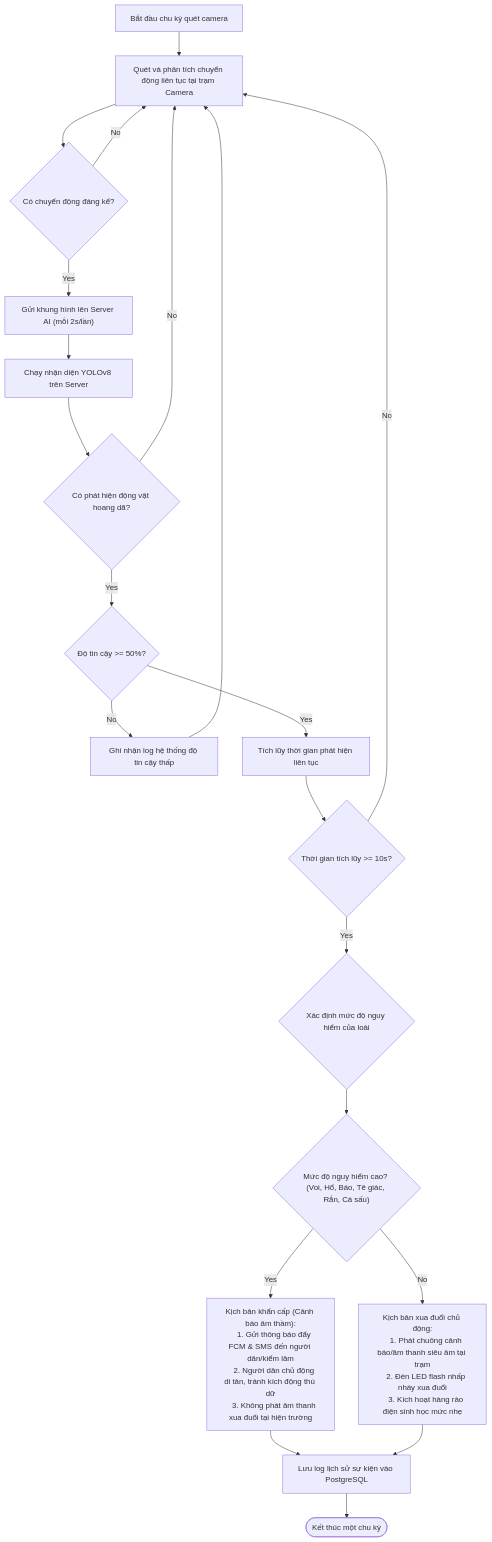
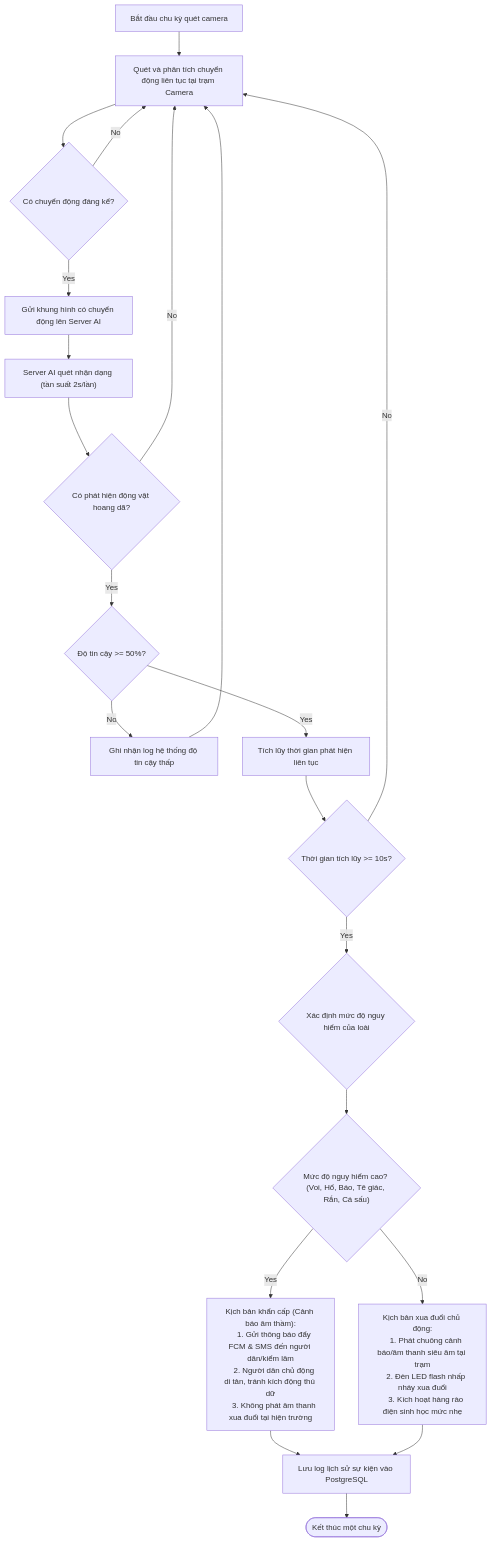
The second of 3 diagrams in outputs/de-tai-nghien-cuu-canh-bao-dong-vat.md (trungnguyenthien/Wildlife-Warning-and-Deterrence-System), drawn with Mermaid before and after one commit. The commit also changed other lines of this file, not shown here.

Commit message:
docs: update research project documentation for wildlife warning and deterrence system

````diff
--- a/outputs/de-tai-nghien-cuu-canh-bao-dong-vat.md
+++ b/outputs/de-tai-nghien-cuu-canh-bao-dong-vat.md
@@ -125,38 +125,38 @@
 ```mermaid
 flowchart TD
     Start["Bắt đầu chu kỳ quét camera"] --> Scan["Quét và phân tích chuyển động liên tục tại trạm Camera"]
     Scan --> CheckMotion{"Có chuyển động đáng kể?"}
     
     CheckMotion -- No --> Scan
-    CheckMotion -- Yes --> SendImage["Gửi khung hình lên Server AI (mỗi 2s/lần)"]
+    CheckMotion -- Yes --> SendImage["Gửi khung hình có chuyển động lên Server AI"]
     
-    SendImage --> RunAI["Chạy nhận diện YOLOv8 trên Server"]
+    SendImage --> RunAI["Server AI quét nhận dạng (tần suất 2s/lần)"]
     RunAI --> CheckDetect{"Có phát hiện động vật hoang dã?"}
     
     CheckDetect -- No --> Scan
     CheckDetect -- Yes --> CheckConfidence{"Độ tin cậy >= 50%?"}
     
     CheckConfidence -- No --> LogLow["Ghi nhận log hệ thống độ tin cậy thấp"] --> Scan
     CheckConfidence -- Yes --> StartTimer["Tích lũy thời gian phát hiện liên tục"]
     
     StartTimer --> Check10s{"Thời gian tích lũy >= 10s?"}
     
     Check10s -- No --> Scan
     Check10s -- Yes --> GetDanger{"Xác định mức độ nguy hiểm của loài"}
     
     GetDanger --> CheckHigh{"Mức độ nguy hiểm cao? (Voi, Hổ, Báo, Tê giác, Rắn, Cá sấu)"}
     
     CheckHigh -- Yes --> HighRisk["Kịch bản khẩn cấp (Cảnh báo âm thầm):
     1. Gửi thông báo đẩy FCM & SMS đến người dân/kiểm lâm
     2. Người dân chủ động di tản, tránh kích động thú dữ
     3. Không phát âm thanh xua đuổi tại hiện trường"]
     
     CheckHigh -- No --> LowRisk["Kịch bản xua đuổi chủ động:
     1. Phát chuông cảnh báo/âm thanh siêu âm tại trạm
     2. Đèn LED flash nhấp nháy xua đuổi
     3. Kích hoạt hàng rào điện sinh học mức nhẹ"]
     
     HighRisk --> Log["Lưu log lịch sử sự kiện vào PostgreSQL"]
     LowRisk --> Log
     Log --> End(["Kết thúc một chu kỳ"])
 ```
````
